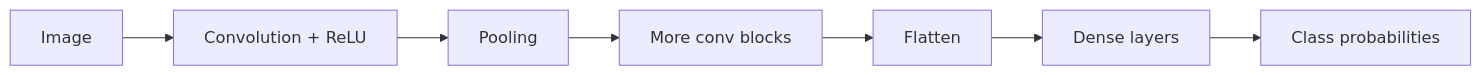
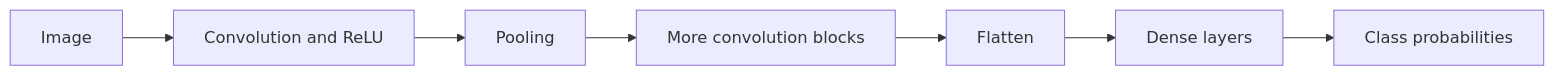
One commit to AthiraMohan14/Complete-Java-Resource-PlayBook changed the third of 3 diagrams in docs/learning/ai-machine-learning/deep-learning.md. Above: the diagram before and after it, drawn with Mermaid. The commit also changed other lines of this file and 174 other files, not shown here.

````diff
--- a/docs/learning/ai-machine-learning/deep-learning.md
+++ b/docs/learning/ai-machine-learning/deep-learning.md
@@ -80,9 +138,9 @@
 ```mermaid
 flowchart LR
-    A[Image] --> B[Convolution + ReLU]
+    A[Image] --> B[Convolution and ReLU]
     B --> C[Pooling]
-    C --> D[More conv blocks]
+    C --> D[More convolution blocks]
     D --> E[Flatten]
     E --> F[Dense layers]
     F --> G[Class probabilities]
 ```
````
